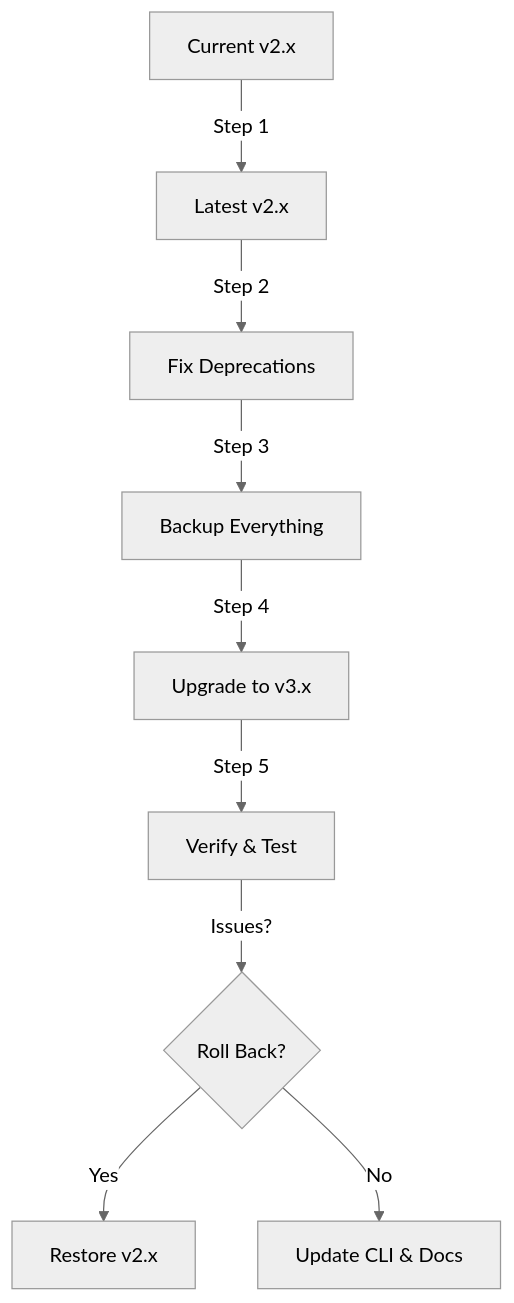
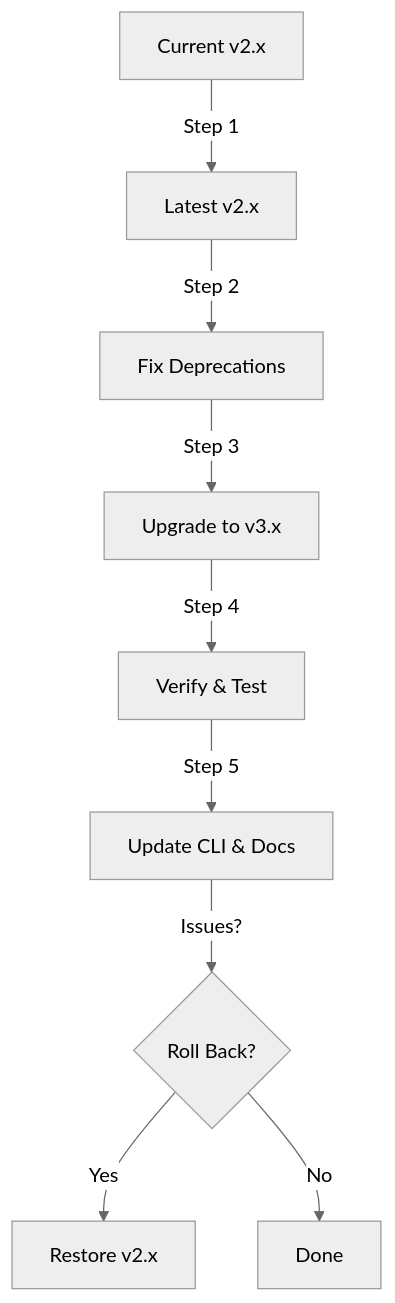
One commit to OneUptime/blog changed the diagram in posts/2026-02-26-upgrade-argocd-v2-to-v3/README.md. Above: the diagram before and after it, drawn with Mermaid (neutral theme). The commit also changed other lines of this file and 2 other files, not shown here.

Commit message:
validate: 2026-02-26-upgrade-argocd-v2-to-v3

````diff
--- a/posts/2026-02-26-upgrade-argocd-v2-to-v3/README.md
+++ b/posts/2026-02-26-upgrade-argocd-v2-to-v3/README.md
@@ -281,11 +321,11 @@
 ```mermaid
 graph TD
     A[Current v2.x] -->|Step 1| B[Latest v2.x]
     B -->|Step 2| C[Fix Deprecations]
-    C -->|Step 3| D[Backup Everything]
-    D -->|Step 4| E[Upgrade to v3.x]
-    E -->|Step 5| F[Verify & Test]
+    C -->|Step 3| D[Upgrade to v3.x]
+    D -->|Step 4| E[Verify & Test]
+    E -->|Step 5| F[Update CLI & Docs]
     F -->|Issues?| G{Roll Back?}
     G -->|Yes| H[Restore v2.x]
-    G -->|No| I[Update CLI & Docs]
+    G -->|No| I[Done]
 ```
````
